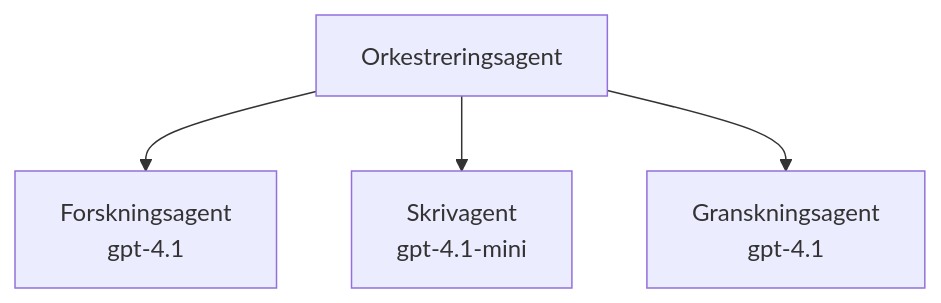
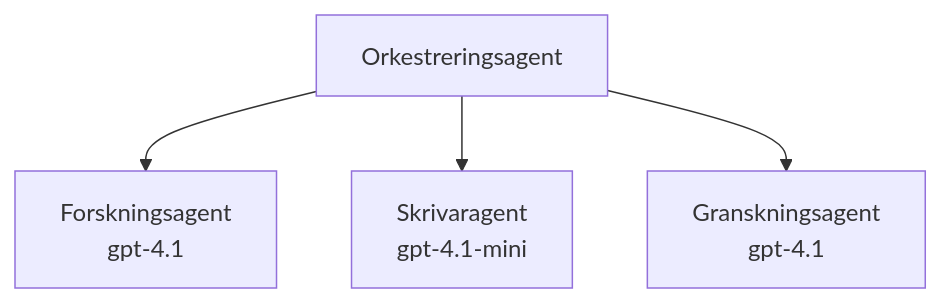
One commit to microsoft/AZD-for-beginners changed the third of 3 diagrams in translations/sv/docs/chapter-02-ai-development/agents.md. Above: the diagram before and after it, drawn with Mermaid. The commit also changed other lines of this file and 104 other files, not shown here.

````diff
--- a/translations/sv/docs/chapter-02-ai-development/agents.md
+++ b/translations/sv/docs/chapter-02-ai-development/agents.md
@@ -194,6 +201,6 @@
 ```mermaid
 graph TD
     Orchestrator[Orkestreringsagent] --> Research[Forskningsagent<br/>gpt-4.1]
-    Orchestrator --> Writer[Skrivagent<br/>gpt-4.1-mini]
+    Orchestrator --> Writer[Skrivaragent<br/>gpt-4.1-mini]
     Orchestrator --> Reviewer[Granskningsagent<br/>gpt-4.1]
 ```
````
